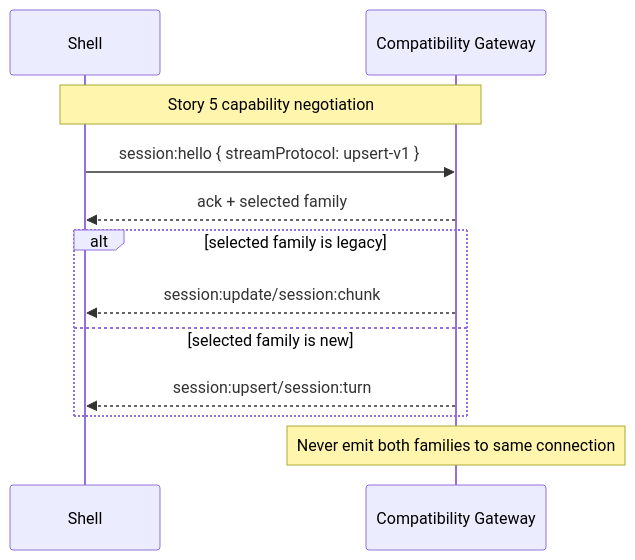
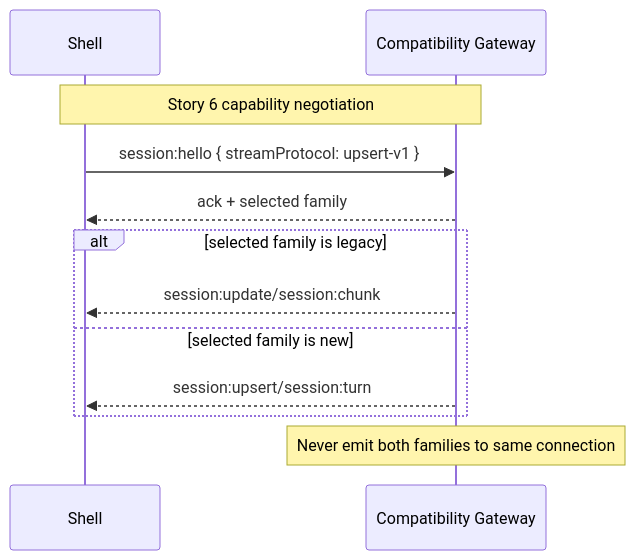
Before and after one commit to liminal-ai/liminal-builder: the sixth of 7 diagrams in docs/epics/02-provider-streaming-pipeline/tech-design.md, drawn with Mermaid. The commit also changed other lines of this file and 27 other files, not shown here.

````diff
--- a/docs/epics/02-provider-streaming-pipeline/tech-design.md
+++ b/docs/epics/02-provider-streaming-pipeline/tech-design.md
@@ -323,17 +320,17 @@
 ```mermaid
 sequenceDiagram
     participant Shell
     participant WS as Compatibility Gateway
 
-    Note over Shell,WS: Story 5 capability negotiation
+    Note over Shell,WS: Story 6 capability negotiation
     Shell->>WS: session:hello { streamProtocol: upsert-v1 }
     WS-->>Shell: ack + selected family
 
     alt selected family is legacy
         WS-->>Shell: session:update/session:chunk
     else selected family is new
         WS-->>Shell: session:upsert/session:turn
     end
 
     Note over WS: Never emit both families to same connection
 ```
````
